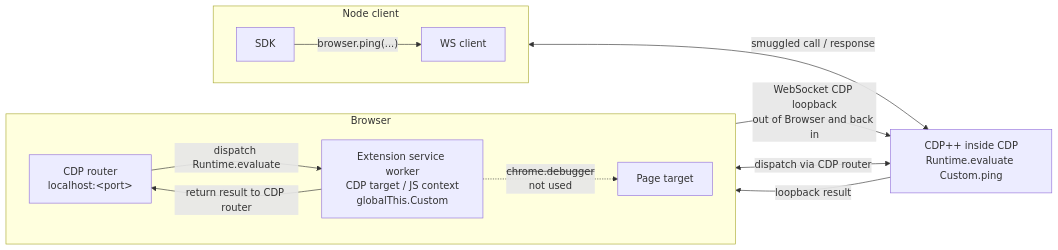
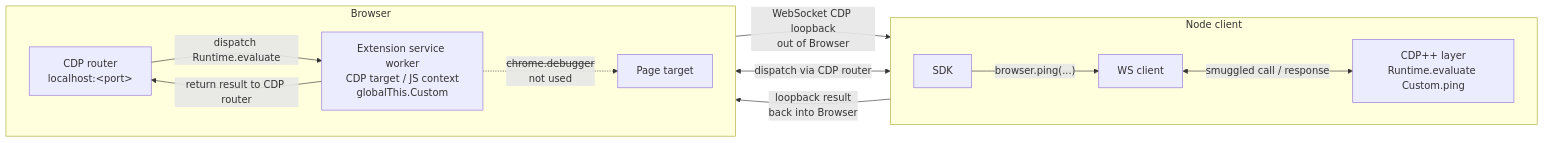
Before and after one commit to pirate/chrome-cdp-extension-bridge: the third of 4 diagrams in README.md, drawn with Mermaid. The commit also changed other lines of this file, not shown here.

Commit message:
Place smuggled CDP layer inside node diagrams

````diff
--- a/README.md
+++ b/README.md
@@ -102,26 +102,25 @@
 ```mermaid
 flowchart LR
   subgraph Node["Node client"]
     direction LR
     SDK["SDK"]
     WS["WS client"]
+    Smuggle["CDP++ layer<br/>Runtime.evaluate Custom.ping"]
     SDK -->|"browser.ping(...)"| WS
+    WS <-->|"smuggled call / response"| Smuggle
   end
 
   subgraph Browser["Browser"]
     direction LR
     CDP["CDP router<br/>localhost:&lt;port&gt;"]
     SW["Extension service worker<br/>CDP target / JS context<br/>globalThis.Custom"]
     Page["Page target"]
     CDP -->|"dispatch Runtime.evaluate"| SW
     SW -. "<s>chrome.debugger</s><br/>not used" .-> Page
   end
 
-  Smuggle["CDP++ inside CDP<br/>Runtime.evaluate Custom.ping"]
-
-  WS <-->|"smuggled call / response"| Smuggle
   Smuggle <-->|"dispatch via CDP router"| CDP
-  SW -->|"WebSocket CDP loopback<br/>out of Browser and back in"| Smuggle
-  Smuggle -->|"loopback result"| SW
+  SW -->|"WebSocket CDP loopback<br/>out of Browser"| Smuggle
+  Smuggle -->|"loopback result<br/>back into Browser"| SW
   SW -->|"return result to CDP router"| CDP
 ```
````
